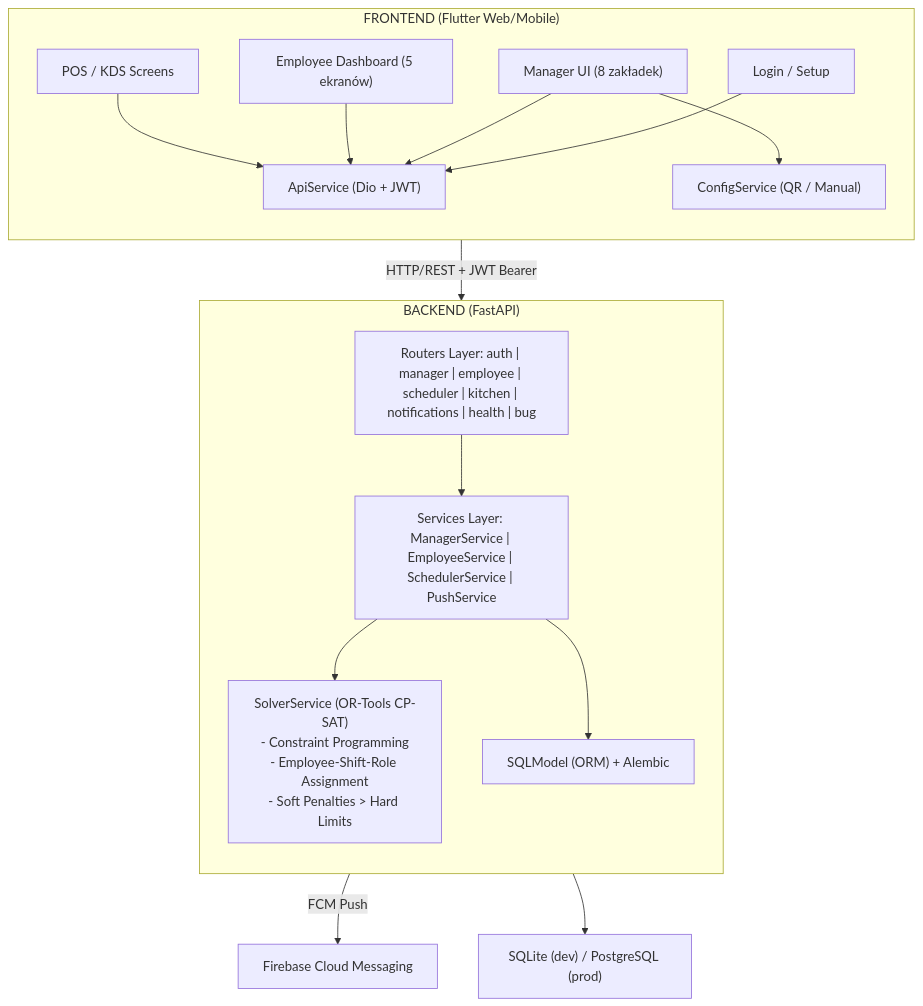
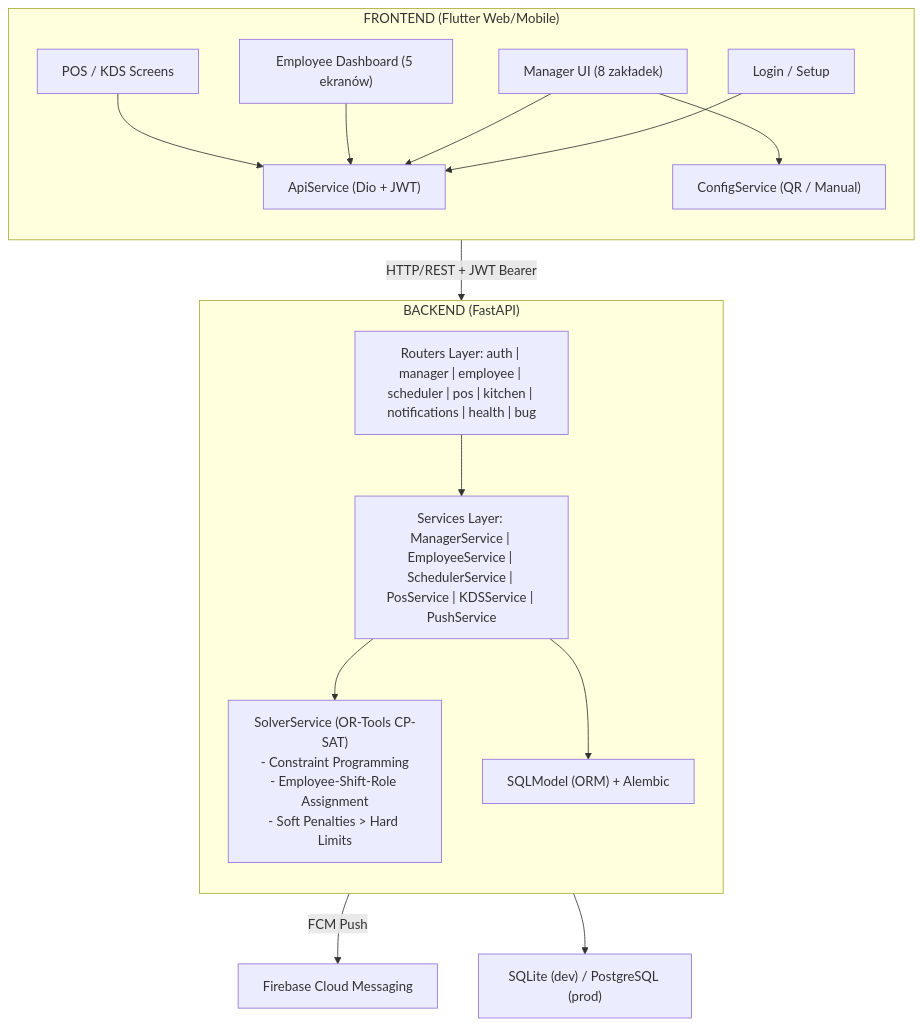
One commit to mwieclawek/PlannerV2 changed the first of 5 diagrams in ARCHITECTURE.md. Above: the diagram before and after it, drawn with Mermaid. The commit also changed other lines of this file and 28 other files, not shown here.

````diff
--- a/ARCHITECTURE.md
+++ b/ARCHITECTURE.md
@@ -5,35 +5,35 @@
 ```mermaid
 graph TD
     subgraph FRONTEND["FRONTEND (Flutter Web/Mobile)"]
         direction TB
         LOGIN["Login / Setup"]
         MANAGER_UI["Manager UI (8 zakładek)"]
         EMPLOYEE_UI["Employee Dashboard (5 ekranów)"]
         POS_UI["POS / KDS Screens"]
         API_SVC["ApiService (Dio + JWT)"]
         CONFIG_SVC["ConfigService (QR / Manual)"]
 
         LOGIN --> API_SVC
         MANAGER_UI --> API_SVC
         EMPLOYEE_UI --> API_SVC
         POS_UI --> API_SVC
         MANAGER_UI --> CONFIG_SVC
     end
 
     API_SVC -- "HTTP/REST + JWT Bearer" --> ROUTERS
 
     subgraph BACKEND["BACKEND (FastAPI)"]
         direction TB
-        ROUTERS["Routers Layer: auth | manager | employee | scheduler | kitchen | notifications | health | bug"]
-        SERVICES["Services Layer: ManagerService | EmployeeService | SchedulerService | PushService"]
+        ROUTERS["Routers Layer: auth | manager | employee | scheduler | pos | kitchen | notifications | health | bug"]
+        SERVICES["Services Layer: ManagerService | EmployeeService | SchedulerService | PosService | KDSService | PushService"]
         SOLVER["SolverService (OR-Tools CP-SAT)\n- Constraint Programming\n- Employee-Shift-Role Assignment\n- Soft Penalties > Hard Limits"]
         ORM["SQLModel (ORM) + Alembic"]
 
         ROUTERS --> SERVICES
         SERVICES --> SOLVER
         SERVICES --> ORM
     end
 
     SERVICES -- "FCM Push" --> FCM["Firebase Cloud Messaging"]
     ORM --> DB["SQLite (dev) / PostgreSQL (prod)"]
 ```
````
